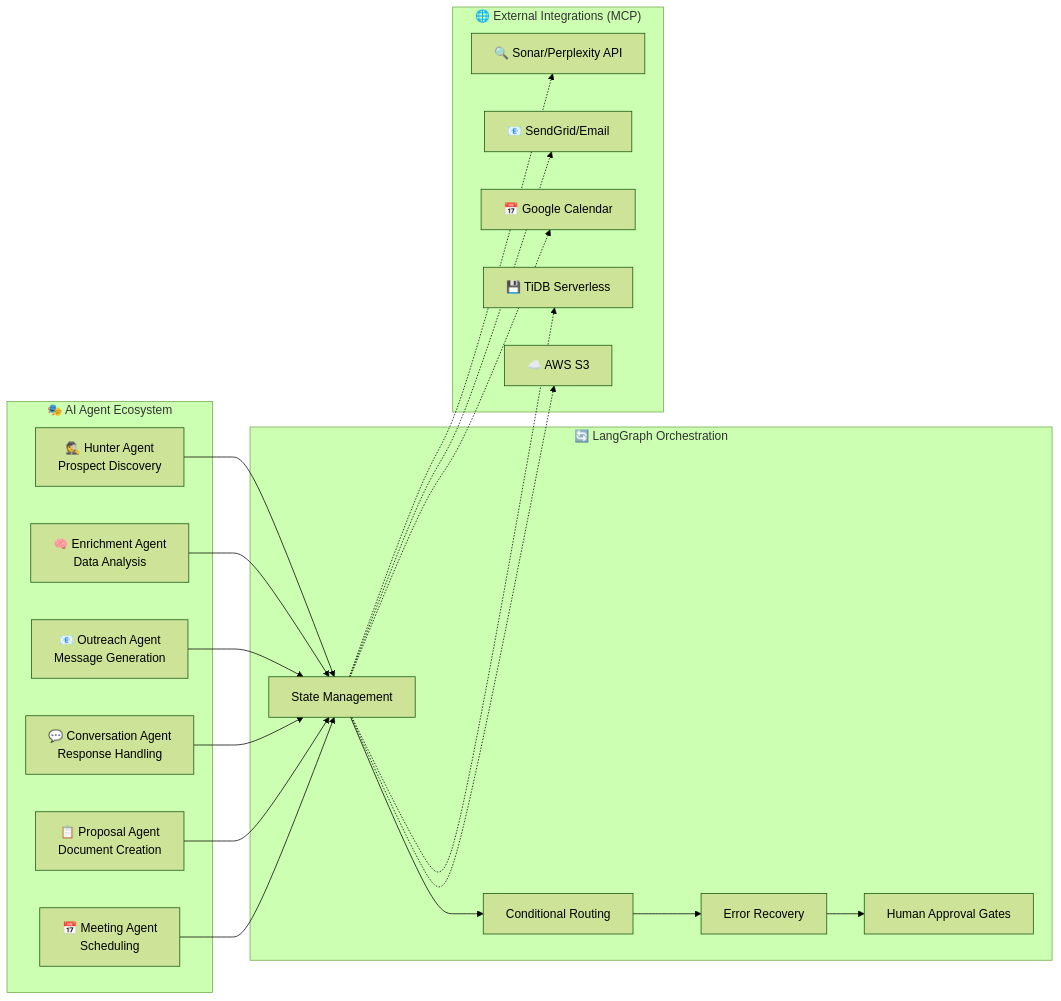
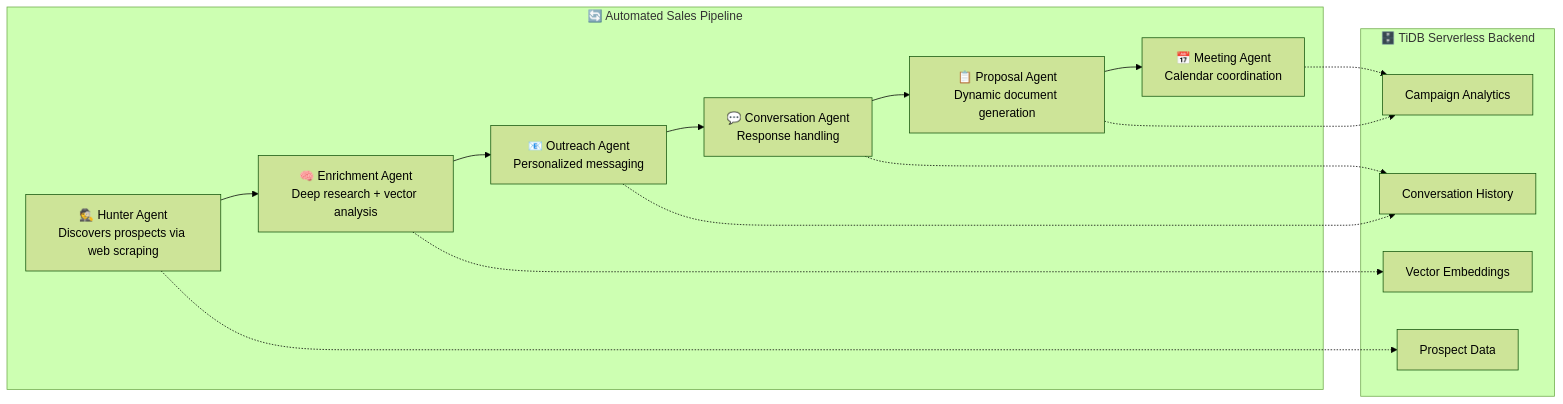
One commit to victorbash400/Rainmaker changed the second of 3 diagrams in README.md. Above: the diagram before and after it, drawn with Mermaid (forest theme). The commit also changed other lines of this file and 40 other files, not shown here.

````diff
--- a/README.md
+++ b/README.md
@@ -49,43 +71,27 @@
 ```mermaid
 graph LR
-    subgraph "🎭 AI Agent Ecosystem"
-        A[🕵️ Hunter Agent<br/>Prospect Discovery]
-        B[🧠 Enrichment Agent<br/>Data Analysis]
-        C[📧 Outreach Agent<br/>Message Generation]
-        D[💬 Conversation Agent<br/>Response Handling]
-        E[📋 Proposal Agent<br/>Document Creation]
-        F[📅 Meeting Agent<br/>Scheduling]
+    subgraph "🔄 Automated Sales Pipeline"
+        A[🕵️ Hunter Agent<br/>Discovers prospects via web scraping]
+        B[🧠 Enrichment Agent<br/>Deep research + vector analysis]
+        C[📧 Outreach Agent<br/>Personalized messaging]
+        D[💬 Conversation Agent<br/>Response handling]
+        E[📋 Proposal Agent<br/>Dynamic document generation]
+        F[📅 Meeting Agent<br/>Calendar coordination]
     end
     
-    subgraph "🔄 LangGraph Orchestration"
-        G[State Management]
-        H[Conditional Routing]
-        I[Error Recovery]
-        J[Human Approval Gates]
+    A --> B --> C --> D --> E --> F
+    
+    subgraph "🗄️ TiDB Serverless Backend"
+        G[Vector Embeddings]
+        H[Prospect Data]
+        I[Conversation History]
+        J[Campaign Analytics]
     end
     
-    subgraph "🌐 External Integrations (MCP)"
-        K[🔍 Sonar/Perplexity API]
-        L[📧 SendGrid/Email]
-        M[📅 Google Calendar]
-        N[💾 TiDB Serverless]
-        O[☁️ AWS S3]
-    end
-    
-    A --> G
-    B --> G
-    C --> G
-    D --> G
-    E --> G
-    F --> G
-    
-    G --> H
-    H --> I
-    I --> J
-    
-    G -.-> K
-    G -.-> L
-    G -.-> M
-    G -.-> N
-    G -.-> O
+    A -.-> H
+    B -.-> G
+    C -.-> I
+    D -.-> I
+    E -.-> J
+    F -.-> J
 ```
````
